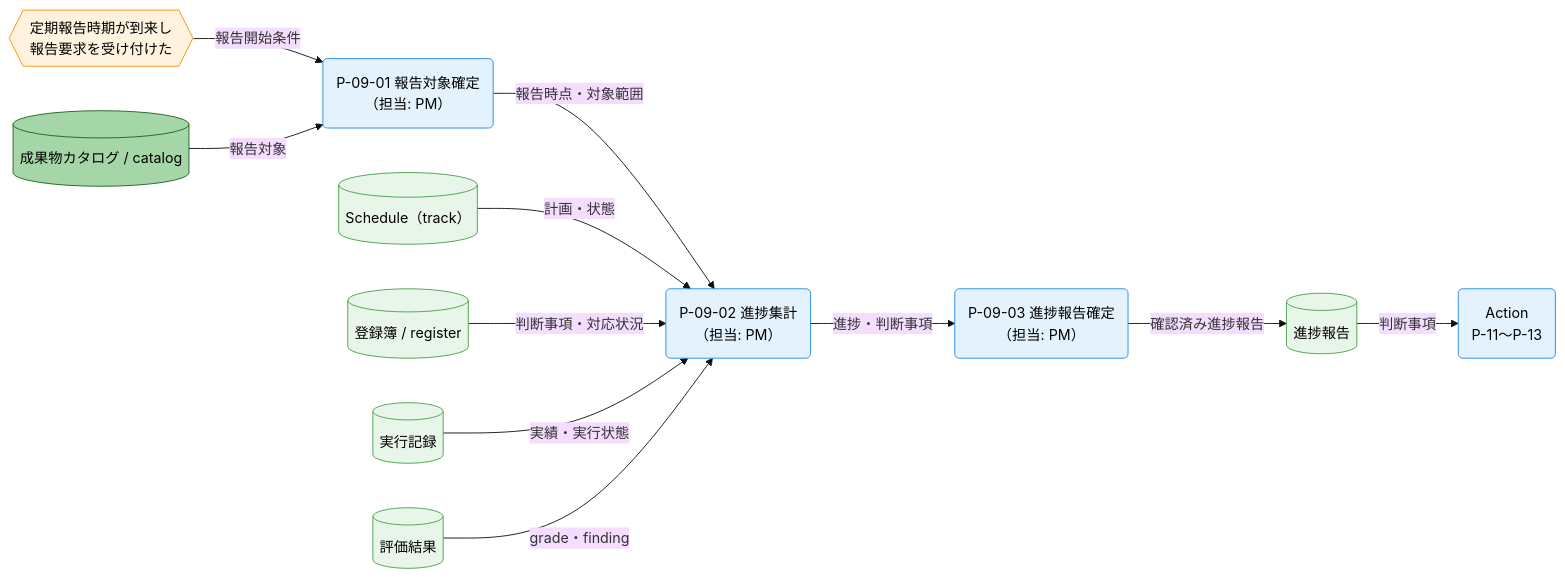
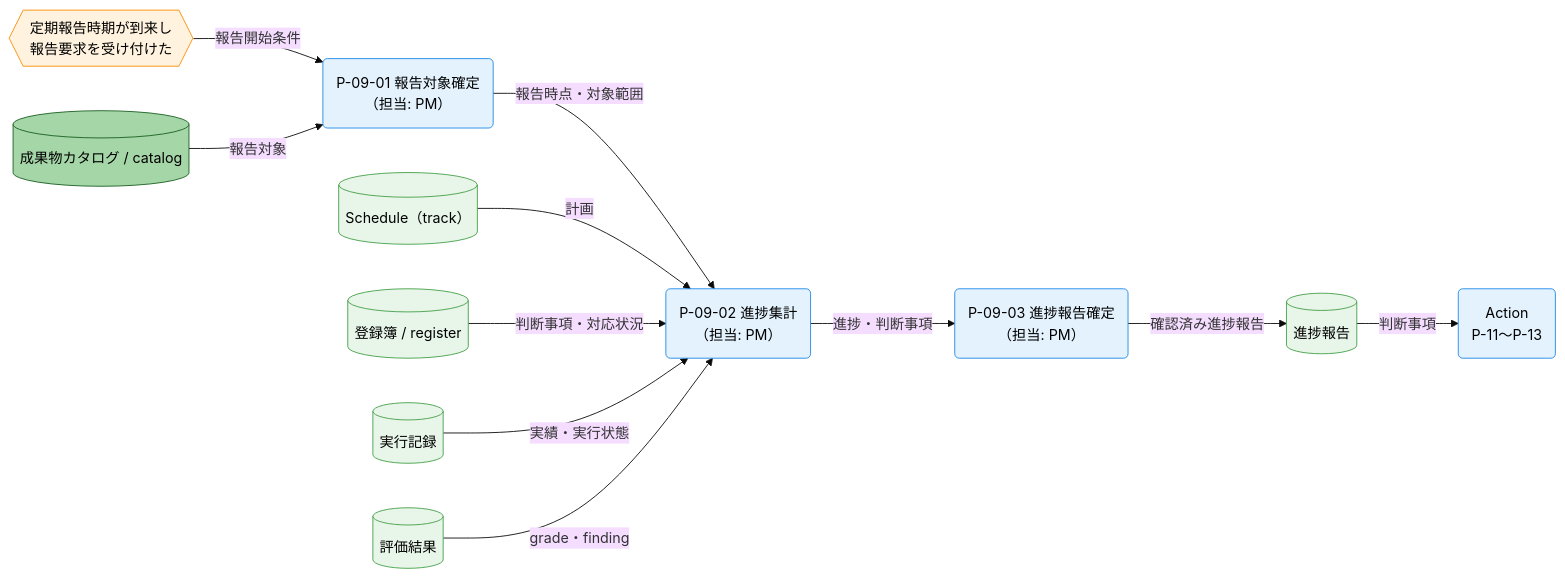
The second of 3 diagrams in docs/ja/product/010-business-specs/010-data-flow/cdfd-check.md (specdojo/specdojo), drawn with Mermaid (base theme) before and after one commit. The commit also changed other lines of this file and 5 other files, not shown here.

````diff
--- a/docs/ja/product/010-business-specs/010-data-flow/cdfd-check.md
+++ b/docs/ja/product/010-business-specs/010-data-flow/cdfd-check.md
@@ -205,35 +205,35 @@
 ```mermaid
 flowchart LR
   classDef process fill:#e3f2fd,stroke:#1e88e5,color:#000
   classDef event fill:#fff3e0,stroke:#fb8c00,color:#000
   classDef storeMaster fill:#a5d6a7,stroke:#1b5e20,color:#000
   classDef storeTransaction fill:#e8f5e9,stroke:#43a047,color:#000
 
   報告要求{{"定期報告時期が到来し<br>報告要求を受け付けた"}}
   報告対象確定("P-09-01 報告対象確定<br>（担当: PM）")
   進捗集計("P-09-02 進捗集計<br>（担当: PM）")
   進捗報告確定("P-09-03 進捗報告確定<br>（担当: PM）")
   成果物カタログ[("成果物カタログ / catalog")]
   Schedule[("Schedule（track）")]
   登録簿[("登録簿 / register")]
   実行記録[("実行記録")]
   評価結果[("評価結果")]
   進捗報告[("進捗報告")]
   Action("Action<br>P-11〜P-13")
 
   報告要求 -->|"報告開始条件"| 報告対象確定
   成果物カタログ -->|"報告対象"| 報告対象確定
   報告対象確定 -->|"報告時点・対象範囲"| 進捗集計
-  Schedule -->|"計画・状態"| 進捗集計
+  Schedule -->|"計画"| 進捗集計
   登録簿 -->|"判断事項・対応状況"| 進捗集計
   実行記録 -->|"実績・実行状態"| 進捗集計
   評価結果 -->|"grade・finding"| 進捗集計
   進捗集計 -->|"進捗・判断事項"| 進捗報告確定
   進捗報告確定 -->|"確認済み進捗報告"| 進捗報告
   進捗報告 -->|"判断事項"| Action
 
   class 報告対象確定,進捗集計,進捗報告確定,Action process
   class 報告要求 event
   class 成果物カタログ storeMaster
   class Schedule,登録簿,実行記録,評価結果,進捗報告 storeTransaction
 ```
````
